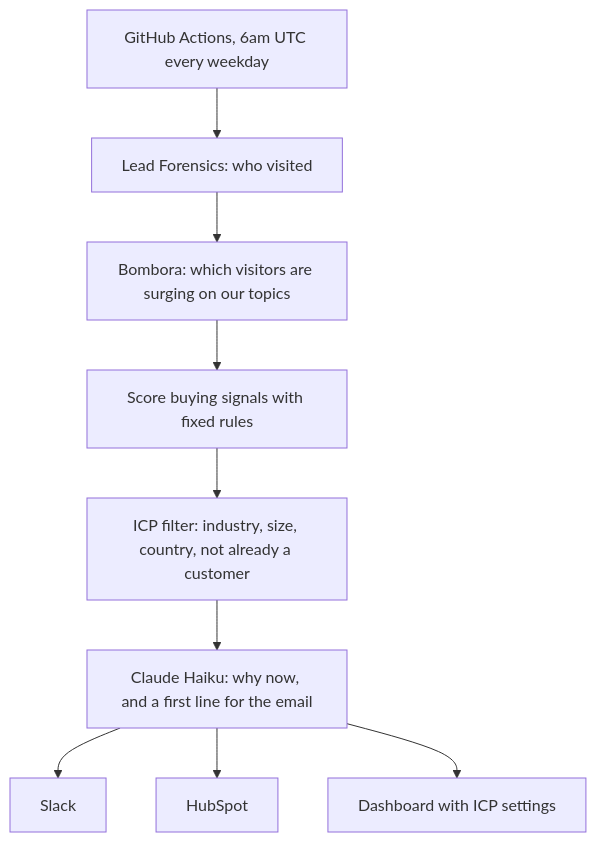
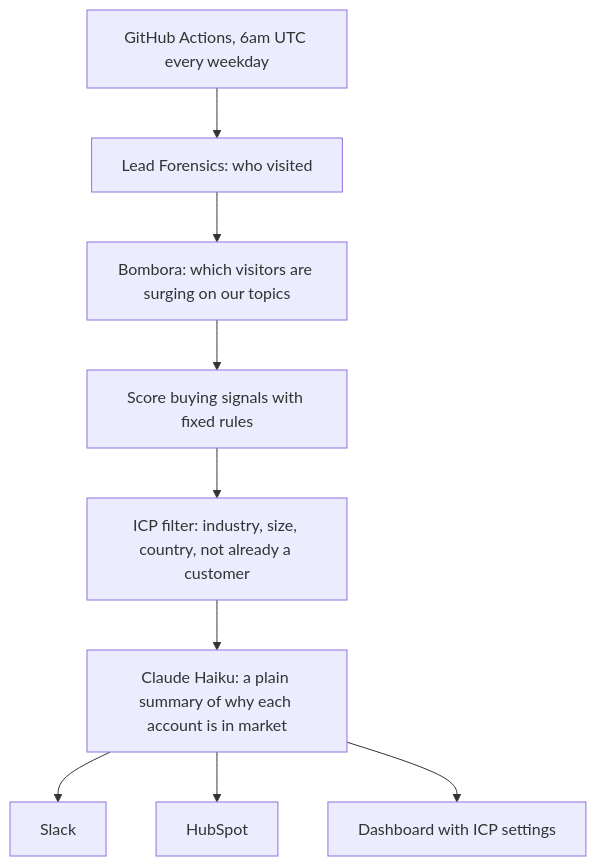
Before and after one commit to nazia-a11y/in-market-signals: the diagram in README.md, drawn with Mermaid. The commit also changed other lines of this file, not shown here.

Commit message:
Reframe README around in-market accounts

````diff
--- a/README.md
+++ b/README.md
@@ -13,11 +15,11 @@
 ```mermaid
 flowchart TD
     A[GitHub Actions, 6am UTC every weekday] --> B[Lead Forensics: who visited]
     B --> C[Bombora: which visitors are surging on our topics]
     C --> D[Score buying signals with fixed rules]
     D --> E[ICP filter: industry, size, country, not already a customer]
-    E --> F[Claude Haiku: why now, and a first line for the email]
+    E --> F[Claude Haiku: a plain summary of why each account is in market]
     F --> G[Slack]
     F --> H[HubSpot]
     F --> I[Dashboard with ICP settings]
 ```
````
